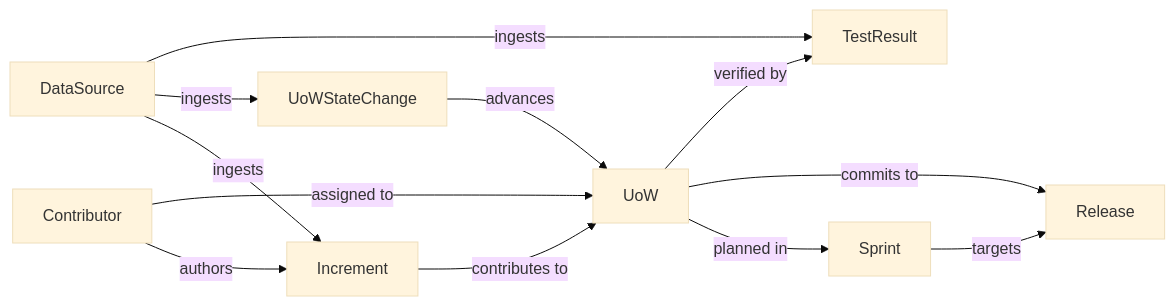
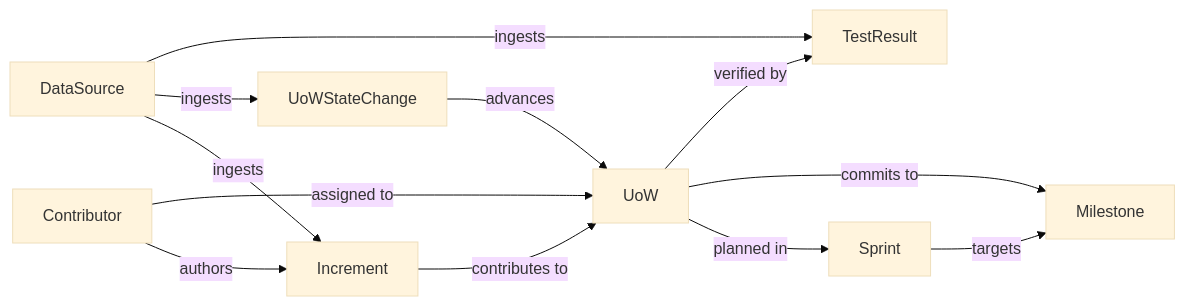
The sixth of 6 diagrams in docs/ideation/vision.md (FeatureFactory-io/huginn), drawn with Mermaid (base theme) before and after one commit. The commit also changed other lines of this file and 28 other files, not shown here.

````diff
--- a/docs/ideation/vision.md
+++ b/docs/ideation/vision.md
@@ -218,14 +232,14 @@
 ```mermaid
 flowchart LR
     DataSource -->|ingests| Increment
     DataSource -->|ingests| UoWStateChange
     DataSource -->|ingests| TestResult
     Contributor -->|authors| Increment
     Contributor -->|"assigned to"| UoW
     Increment -->|"contributes to"| UoW
     UoWStateChange -->|advances| UoW
     UoW -->|"planned in"| Sprint
-    Sprint -->|targets| Release
-    UoW -->|"commits to"| Release
+    Sprint -->|targets| Milestone
+    UoW -->|"commits to"| Milestone
     UoW -->|"verified by"| TestResult
 ```
````
